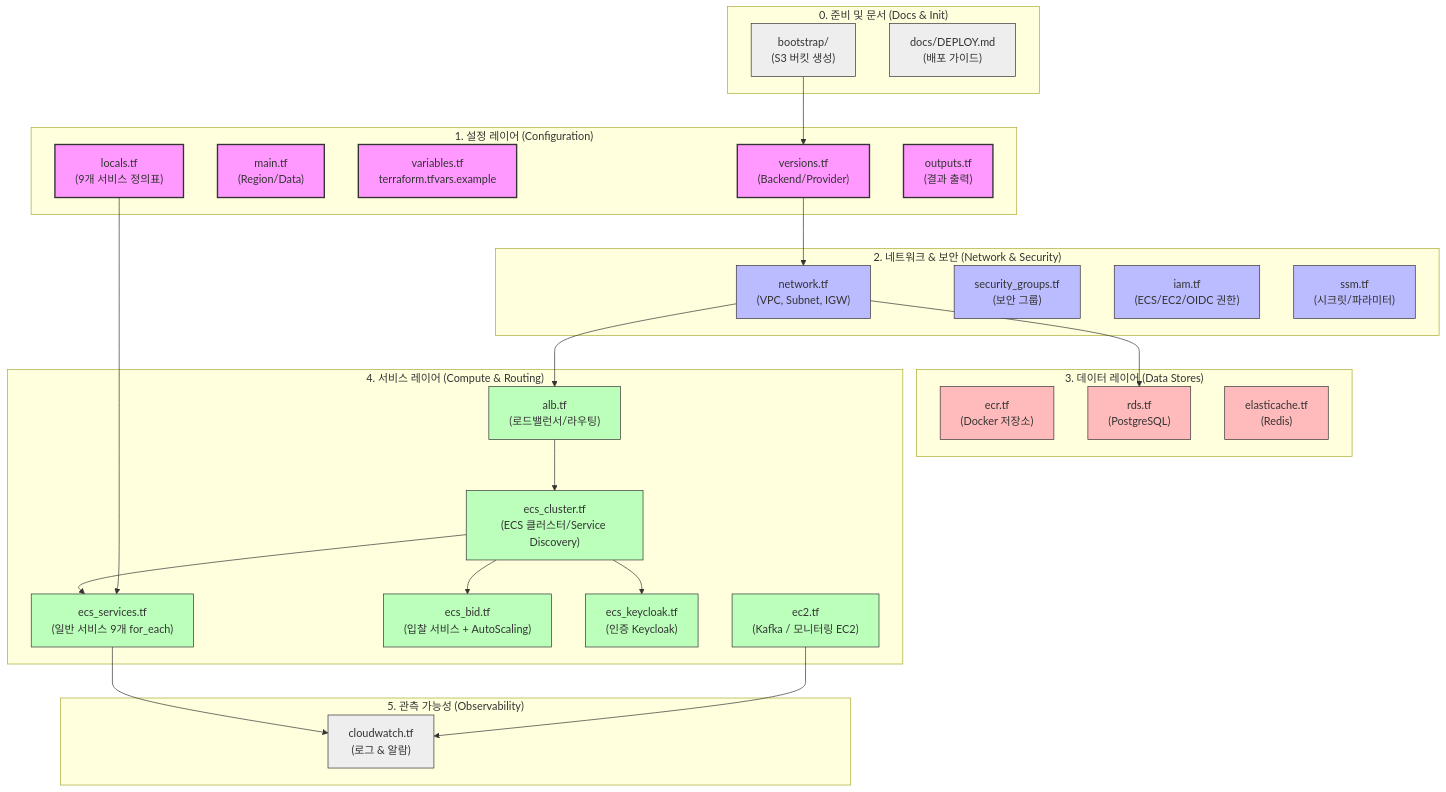
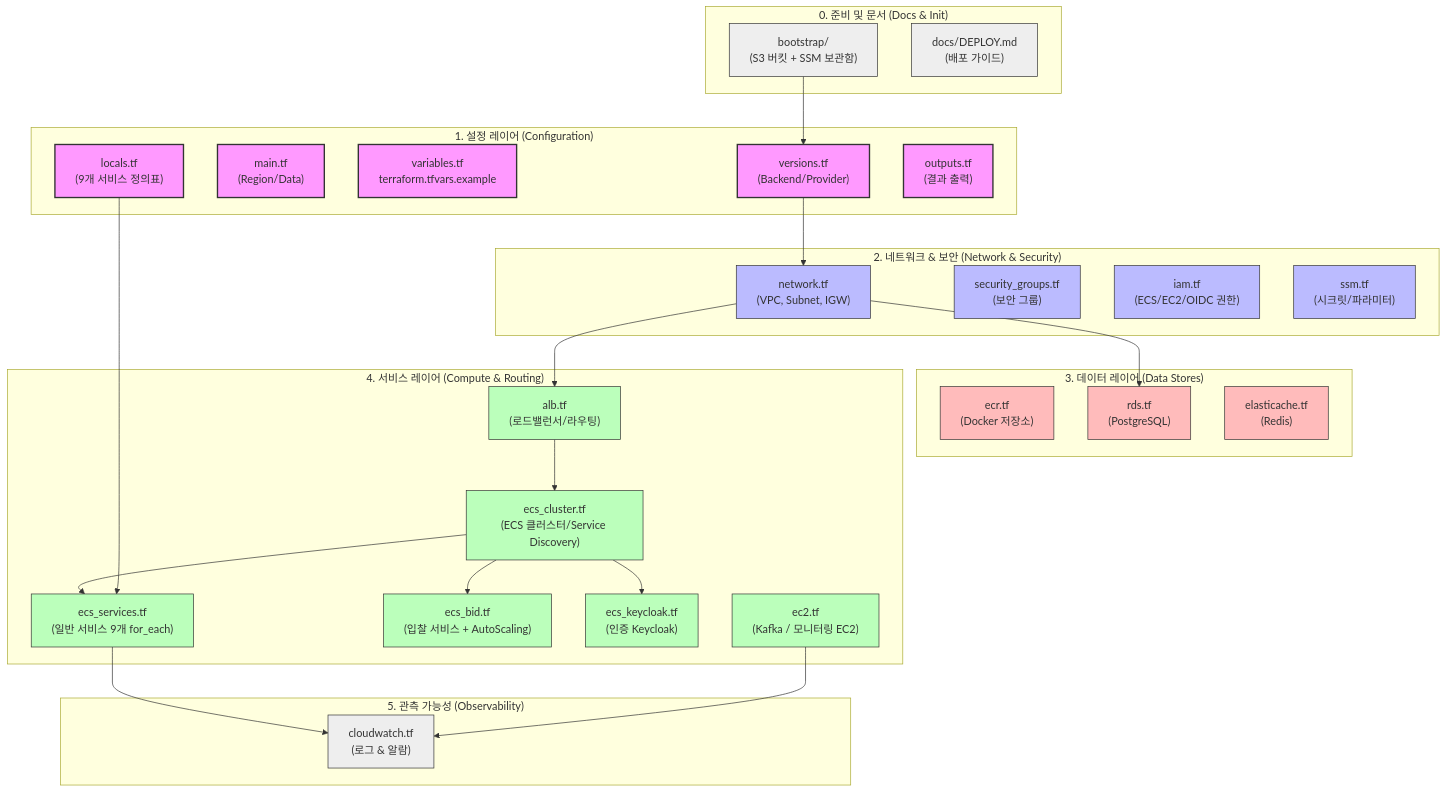
One commit to BankRupang/sanji-infra changed the diagram in README.md. Above: the diagram before and after it, drawn with Mermaid. The commit also changed other lines of this file, not shown here.

````diff
--- a/README.md
+++ b/README.md
@@ -101,73 +104,73 @@
 ```mermaid
 graph TD
     %% 스타일 정의
     classDef config fill:#f9f,stroke:#333,stroke-width:2px;
     classDef network fill:#bbf,stroke:#333,stroke-width:1px;
     classDef data fill:#fbb,stroke:#333,stroke-width:1px;
     classDef compute fill:#bfb,stroke:#333,stroke-width:1px;
     classDef doc fill:#eee,stroke:#333,stroke-width:1px;
 
     %% 1. 문서 및 초기화
     subgraph Docs_Init ["0. 준비 및 문서 (Docs & Init)"]
-        bootstrap["bootstrap/<br>(S3 버킷 생성)"]
+        bootstrap["bootstrap/<br>(S3 버킷 + SSM 보관함)"]
         deploy["docs/DEPLOY.md<br>(배포 가이드)"]
     end
     class bootstrap,deploy doc;
 
     %% 2. 공통 설정 레이어
     subgraph Config_Layer ["1. 설정 레이어 (Configuration)"]
         versions["versions.tf<br>(Backend/Provider)"]
         main["main.tf<br>(Region/Data)"]
         vars["variables.tf<br>terraform.tfvars.example"]
         locals["locals.tf<br>(9개 서비스 정의표)"]
         outputs["outputs.tf<br>(결과 출력)"]
     end
     class versions,main,vars,locals,outputs config;
 
     %% 3. 네트워크 및 보안 레이어
     subgraph Network_Layer ["2. 네트워크 & 보안 (Network & Security)"]
         network["network.tf<br>(VPC, Subnet, IGW)"]
         sg["security_groups.tf<br>(보안 그룹)"]
         iam["iam.tf<br>(ECS/EC2/OIDC 권한)"]
         ssm["ssm.tf<br>(시크릿/파라미터)"]
     end
     class network,sg,iam,ssm network;
 
     %% 4. 데이터 저장소 레이어
     subgraph Data_Layer ["3. 데이터 레이어 (Data Stores)"]
         ecr["ecr.tf<br>(Docker 저장소)"]
         rds["rds.tf<br>(PostgreSQL)"]
         elasticache["elasticache.tf<br>(Redis)"]
     end
     class ecr,rds,elasticache data;
 
     %% 5. 애플리케이션 및 컴퓨팅 레이어
     subgraph Compute_Layer ["4. 서비스 레이어 (Compute & Routing)"]
         alb["alb.tf<br>(로드밸런서/라우팅)"]
         ecs_cluster["ecs_cluster.tf<br>(ECS 클러스터/Service Discovery)"]
         ecs_services["ecs_services.tf<br>(일반 서비스 9개 for_each)"]
         ecs_bid["ecs_bid.tf<br>(입찰 서비스 + AutoScaling)"]
         ecs_keycloak["ecs_keycloak.tf<br>(인증 Keycloak)"]
         ec2["ec2.tf<br>(Kafka / 모니터링 EC2)"]
     end
     class alb,ecs_cluster,ecs_services,ecs_bid,ecs_keycloak,ec2 compute;
 
     %% 6. 모니터링
     subgraph Monitor_Layer ["5. 관측 가능성 (Observability)"]
         cw["cloudwatch.tf<br>(로그 & 알람)"]
     end
     class cw doc;
 
     %% 의존성/흐름 시각화 (인프라 프로비저닝 순서)
     bootstrap --> versions
     versions --> network
     network --> rds
     network --> alb
     locals --> ecs_services
     alb --> ecs_cluster
     ecs_cluster --> ecs_services
     ecs_cluster --> ecs_bid
     ecs_cluster --> ecs_keycloak
     ec2 --> cw
     ecs_services --> cw
 ```
````
